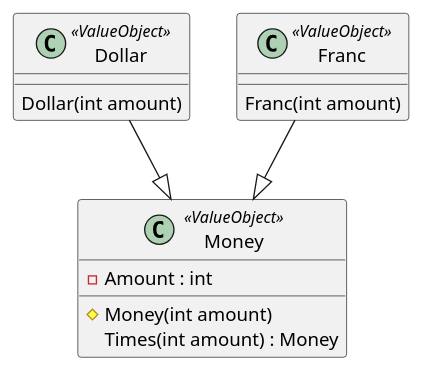
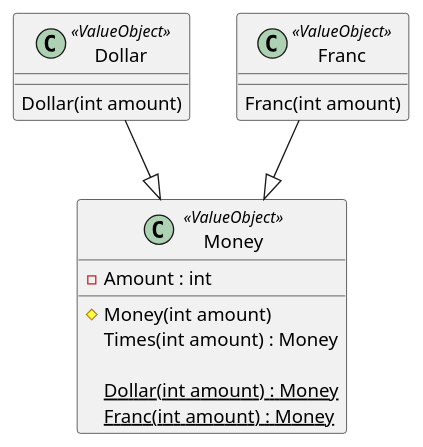
Before and after one commit to RicardoGuzmanVelasco/KentBeck.TDDByExample: the diagram in Documentation/Classes.puml, drawn with PlantUML. The commit also changed 1 other file, not shown here.

Commit message:
9 | Franc factory | Documentation

```diff
--- a/Documentation/Classes.puml
+++ b/Documentation/Classes.puml
@@ -1,20 +1,23 @@
 @startuml
 class Dollar <<ValueObject>>
 {
     Dollar(int amount)
 }
 
 class Franc <<ValueObject>>
 {
     Franc(int amount)
 }
 
 class Money <<ValueObject>>
 {
     -Amount : int
     #Money(int amount)
     Times(int amount) : Money
+    
+    {static} Dollar(int amount) : Money
+    {static} Franc(int amount) : Money
 }
 Dollar --|> Money
 Franc --|> Money
 @enduml
```
